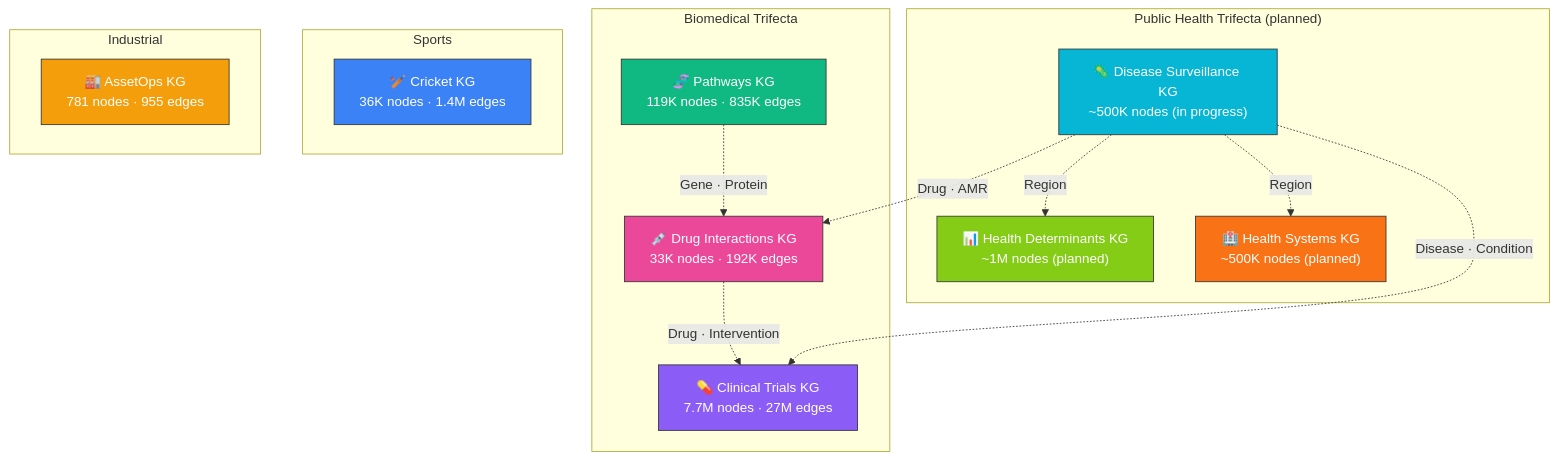
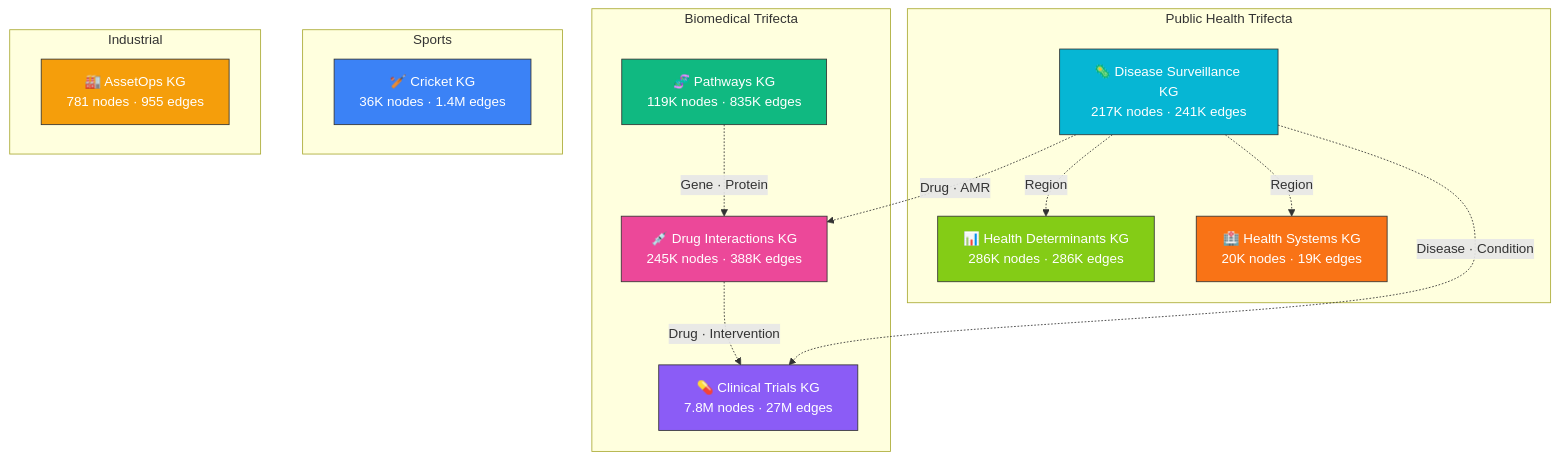
One commit to samyama-ai/samyama-graph-book changed the first of 8 diagrams in src/kg_catalog.md. Above: the diagram before and after it, drawn with Mermaid. The commit also changed other lines of this file and 5 other files, not shown here.

````diff
--- a/src/kg_catalog.md
+++ b/src/kg_catalog.md
@@ -9,38 +9,38 @@
 ```mermaid
 graph TB
     subgraph "Biomedical Trifecta"
         PKG["🧬 Pathways KG<br/>119K nodes · 835K edges"]
-        CTKG["💊 Clinical Trials KG<br/>7.7M nodes · 27M edges"]
-        DIKG["💉 Drug Interactions KG<br/>33K nodes · 192K edges"]
+        CTKG["💊 Clinical Trials KG<br/>7.8M nodes · 27M edges"]
+        DIKG["💉 Drug Interactions KG<br/>245K nodes · 388K edges"]
     end
 
-    subgraph "Public Health Trifecta (planned)"
-        DSKG["🦠 Disease Surveillance KG<br/>~500K nodes (in progress)"]
-        HDKG["📊 Health Determinants KG<br/>~1M nodes (planned)"]
-        HSKG["🏥 Health Systems KG<br/>~500K nodes (planned)"]
+    subgraph "Public Health Trifecta"
+        DSKG["🦠 Disease Surveillance KG<br/>217K nodes · 241K edges"]
+        HDKG["📊 Health Determinants KG<br/>286K nodes · 286K edges"]
+        HSKG["🏥 Health Systems KG<br/>20K nodes · 19K edges"]
     end
 
     subgraph "Sports"
         CKG["🏏 Cricket KG<br/>36K nodes · 1.4M edges"]
     end
 
     subgraph "Industrial"
         AOKG["🏭 AssetOps KG<br/>781 nodes · 955 edges"]
     end
 
     PKG -.->|"Gene · Protein"| DIKG
     DIKG -.->|"Drug · Intervention"| CTKG
     DSKG -.->|"Disease · Condition"| CTKG
     DSKG -.->|"Drug · AMR"| DIKG
     DSKG -.->|"Region"| HDKG
     DSKG -.->|"Region"| HSKG
 
     style CKG fill:#3b82f6,stroke:#333,color:#fff
     style PKG fill:#10b981,stroke:#333,color:#fff
     style CTKG fill:#8b5cf6,stroke:#333,color:#fff
     style DIKG fill:#ec4899,stroke:#333,color:#fff
     style AOKG fill:#f59e0b,stroke:#333,color:#fff
     style DSKG fill:#06b6d4,stroke:#333,color:#fff
     style HDKG fill:#84cc16,stroke:#333,color:#fff
     style HSKG fill:#f97316,stroke:#333,color:#fff
 ```
````
